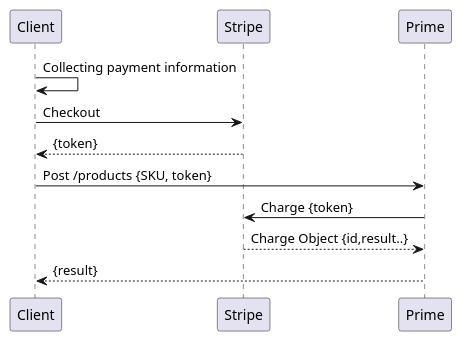
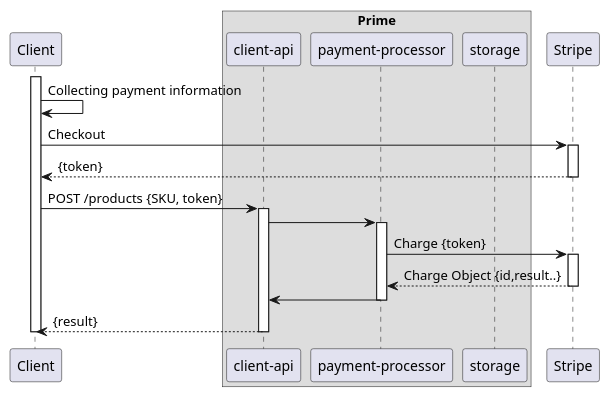
The diagram in payment-processor/doc/puml/purchase-flow.puml (ostelco/ostelco-core), drawn with PlantUML before and after one commit.

Commit message:
Updated sequence diagram for payment

```diff
--- a/payment-processor/doc/puml/purchase-flow.puml
+++ b/payment-processor/doc/puml/purchase-flow.puml
@@ -1,11 +1,31 @@
 @startuml
 
+participant Client
+
+box "Prime"
+    participant "client-api"
+    participant "payment-processor"
+    participant "storage"
+end box
+participant Stripe
+
+activate Client
 Client -> Client : Collecting payment information
 Client -> Stripe : Checkout
+activate Stripe
 Stripe --> Client: {token}
-Client -> Prime: Post /products {SKU, token}
-Prime -> Stripe: Charge {token}
-Stripe --> Prime: Charge Object {id,result..}
-Prime --> Client: {result}
-
+deactivate Stripe
+Client -> "client-api": POST /products {SKU, token}
+activate "client-api"
+"client-api" -> "payment-processor"
+activate "payment-processor"
+"payment-processor" -> Stripe: Charge {token}
+activate Stripe
+Stripe --> "payment-processor": Charge Object {id,result..}
+deactivate Stripe
+"payment-processor" -> "client-api"
+deactivate "payment-processor"
+"client-api" --> Client: {result}
+deactivate "client-api"
+deactivate Client
 @enduml
```
